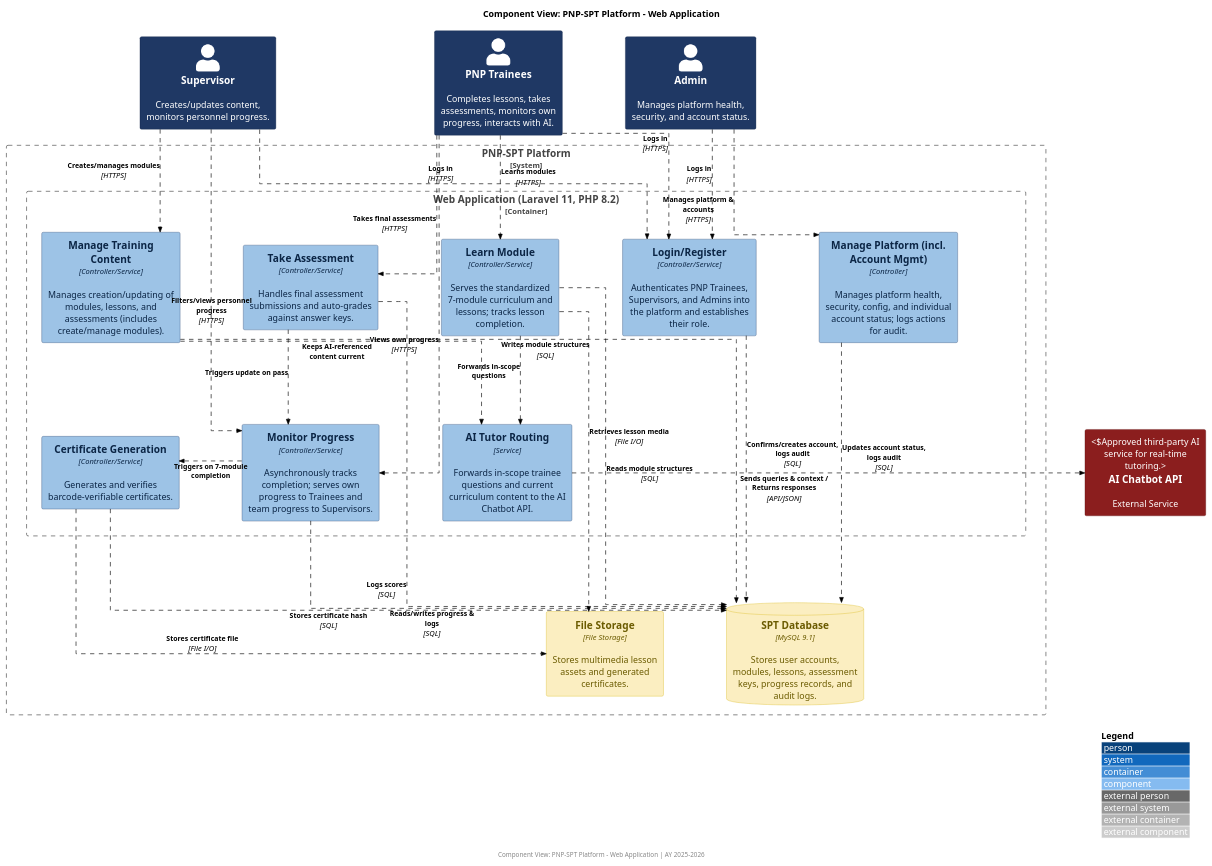
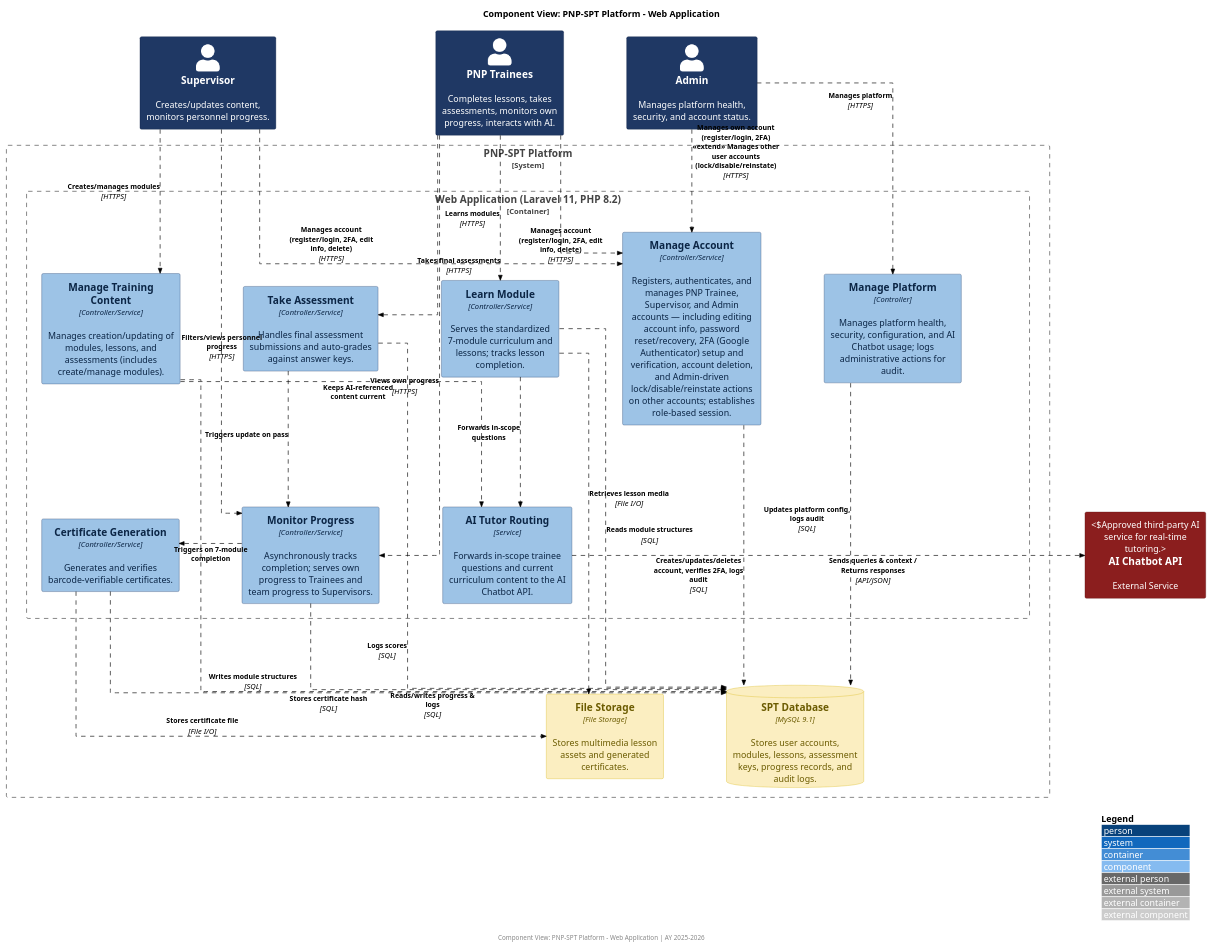
The diagram in docs/MSYADD1/c3_component.puml (APC-SoCIT/APC-2026-2027-T1-IT241-Grp4-PNP-SPT-Platform), drawn with PlantUML before and after one commit.

Commit message:
Revise UML for account management components
Updated component descriptions and relationships in the UML diagram to reflect changes in account management functionality.

```diff
--- a/docs/MSYADD1/c3_component.puml
+++ b/docs/MSYADD1/c3_component.puml
@@ -1,103 +1,103 @@
 @startuml
 !include https://raw.githubusercontent.com/plantuml-stdlib/C4-PlantUML/master/C4_Component.puml
 
 AddRelTag("sync", $textColor="black", $lineColor="black", $lineStyle = DashedLine())
 
 LAYOUT_WITH_LEGEND()
 LAYOUT_TOP_DOWN()
 skinparam linetype ortho
 skinparam nodesep 100
 skinparam ranksep 130
 skinparam componentFontSize 13
 skinparam ArrowFontSize 11
 skinparam wrapWidth 200
 skinparam shadowing false
 skinparam defaultTextAlignment center
 
 ' ===== Color styling (visual only — no content changes) =====
 UpdateElementStyle("person", $bgColor="1F3864", $fontColor="white", $borderColor="0B1E42")
 UpdateElementStyle("system", $bgColor="D6E9F8", $fontColor="1F3864", $borderColor="4E86C6")
 UpdateElementStyle("container", $bgColor="FBEEC1", $fontColor="6B5B00", $borderColor="D4B106")
 UpdateElementStyle("component", $bgColor="9DC3E6", $fontColor="0B2545", $borderColor="1F3864")
 UpdateElementStyle("external_system", $bgColor="8B1E1E", $fontColor="white", $borderColor="5C1010")
 
 title Component View: PNP-SPT Platform - Web Application
 
 Person(supervisor, "Supervisor", "Creates/updates content, monitors personnel progress.")
 Person(trainee, "PNP Trainees", "Completes lessons, takes assessments, monitors own progress, interacts with AI.")
 Person(admin, "Admin", "Manages platform health, security, and account status.")
 
 System_Boundary(SPTSystem, "PNP-SPT Platform") {
 
     Container_Boundary(webapp, "Web Application (Laravel 11, PHP 8.2)") {
-        ' Row 1 - centered around Login/Register
+        ' Row 1 - centered around Manage Account
         Component(contentComp, "Manage Training Content", "Controller/Service", "Manages creation/updating of modules, lessons, and assessments (includes create/manage modules).")
         Component(moduleComp, "Learn Module", "Controller/Service", "Serves the standardized 7-module curriculum and lessons; tracks lesson completion.")
-        Component(authComp, "Login/Register", "Controller/Service", "Authenticates PNP Trainees, Supervisors, and Admins into the platform and establishes their role.")
+        Component(authComp, "Manage Account", "Controller/Service", "Registers, authenticates, and manages PNP Trainee, Supervisor, and Admin accounts — including editing account info, password reset/recovery, 2FA (Google Authenticator) setup and verification, account deletion, and Admin-driven lock/disable/reinstate actions on other accounts; establishes role-based session.")
         Component(assessComp, "Take Assessment", "Controller/Service", "Handles final assessment submissions and auto-grades against answer keys.")
-        Component(platformComp, "Manage Platform (incl. Account Mgmt)", "Controller", "Manages platform health, security, config, and individual account status; logs actions for audit.")
+        Component(platformComp, "Manage Platform", "Controller", "Manages platform health, security, configuration, and AI Chatbot usage; logs administrative actions for audit.")
 
         ' Row 2 - processing logic
         Component(progressComp, "Monitor Progress", "Controller/Service", "Asynchronously tracks completion; serves own progress to Trainees and team progress to Supervisors.")
         Component(certComp, "Certificate Generation", "Controller/Service", "Generates and verifies barcode-verifiable certificates.")
         Component(aiComp, "AI Tutor Routing", "Service", "Forwards in-scope trainee questions and current curriculum content to the AI Chatbot API.")
     }
 
     ContainerDb(database, "SPT Database", "MySQL 9.1", "Stores user accounts, modules, lessons, assessment keys, progress records, and audit logs.")
     Container(fileStorage, "File Storage", "File Storage", "Stores multimedia lesson assets and generated certificates.")
 }
 
 System_Ext(aiChatbot, "AI Chatbot API", "External Service", "Approved third-party AI service for real-time tutoring.")
 
 ' ===== Force row alignment =====
 Lay_R(supervisor, trainee)
 Lay_R(trainee, admin)
 
 Lay_R(contentComp, moduleComp)
 Lay_R(moduleComp, authComp)
 Lay_R(authComp, assessComp)
 Lay_R(assessComp, platformComp)
 Lay_D(trainee, authComp)
 
 Lay_R(progressComp, certComp)
 Lay_R(certComp, aiComp)
 
 Lay_D(webapp, database)
 Lay_R(database, fileStorage)
 
-' ===== Actors into system: Login/Register (all three converge center) =====
-Rel_D(trainee, authComp, "Logs in", "HTTPS", $tags="sync")
-Rel(supervisor, authComp, "Logs in", "HTTPS", $tags="sync")
-Rel(admin, authComp, "Logs in", "HTTPS", $tags="sync")
+' ===== Actors into system: Manage Account (all three converge center) =====
+Rel_D(trainee, authComp, "Manages account (register/login, 2FA, edit info, delete)", "HTTPS", $tags="sync")
+Rel(supervisor, authComp, "Manages account (register/login, 2FA, edit info, delete)", "HTTPS", $tags="sync")
+Rel(admin, authComp, "Manages own account (register/login, 2FA)\n<<extend>> Manages other user accounts (lock/disable/reinstate)", "HTTPS", $tags="sync")
 
 ' ===== Actors into their primary feature =====
 Rel_D(supervisor, contentComp, "Creates/manages modules", "HTTPS", $tags="sync")
 Rel_D(trainee, moduleComp, "Learns modules", "HTTPS", $tags="sync")
 Rel_D(trainee, assessComp, "Takes final assessments", "HTTPS", $tags="sync")
-Rel_D(admin, platformComp, "Manages platform & accounts", "HTTPS", $tags="sync")
+Rel_D(admin, platformComp, "Manages platform", "HTTPS", $tags="sync")
 Rel(trainee, progressComp, "Views own progress", "HTTPS", $tags="sync")
 Rel(supervisor, progressComp, "Filters/views personnel progress", "HTTPS", $tags="sync")
 
 ' ===== Internal component flow =====
 Rel_D(moduleComp, aiComp, "Forwards in-scope questions", $tags="sync")
 Rel(contentComp, aiComp, "Keeps AI-referenced content current", $tags="sync")
 Rel_D(assessComp, progressComp, "Triggers update on pass", $tags="sync")
 Rel_R(progressComp, certComp, "Triggers on 7-module completion", $tags="sync")
 
 ' ===== Component to database/storage =====
-Rel_D(authComp, database, "Confirms/creates account, logs audit", "SQL", $tags="sync")
+Rel_D(authComp, database, "Creates/updates/deletes account, verifies 2FA, logs audit", "SQL", $tags="sync")
 Rel_D(contentComp, database, "Writes module structures", "SQL", $tags="sync")
 Rel_D(moduleComp, database, "Reads module structures", "SQL", $tags="sync")
 Rel_D(moduleComp, fileStorage, "Retrieves lesson media", "File I/O", $tags="sync")
 Rel_D(assessComp, database, "Logs scores", "SQL", $tags="sync")
-Rel_D(platformComp, database, "Updates account status, logs audit", "SQL", $tags="sync")
+Rel_D(platformComp, database, "Updates platform config, logs audit", "SQL", $tags="sync")
 Rel_D(progressComp, database, "Reads/writes progress & logs", "SQL", $tags="sync")
 Rel_D(certComp, database, "Stores certificate hash", "SQL", $tags="sync")
 Rel_D(certComp, fileStorage, "Stores certificate file", "File I/O", $tags="sync")
 
 ' ===== External AI =====
 Rel_R(aiComp, aiChatbot, "Sends queries & context / Returns responses", "API/JSON", $tags="sync")
 
 footer Component View: PNP-SPT Platform - Web Application | AY 2025-2026
 
 @enduml
```
